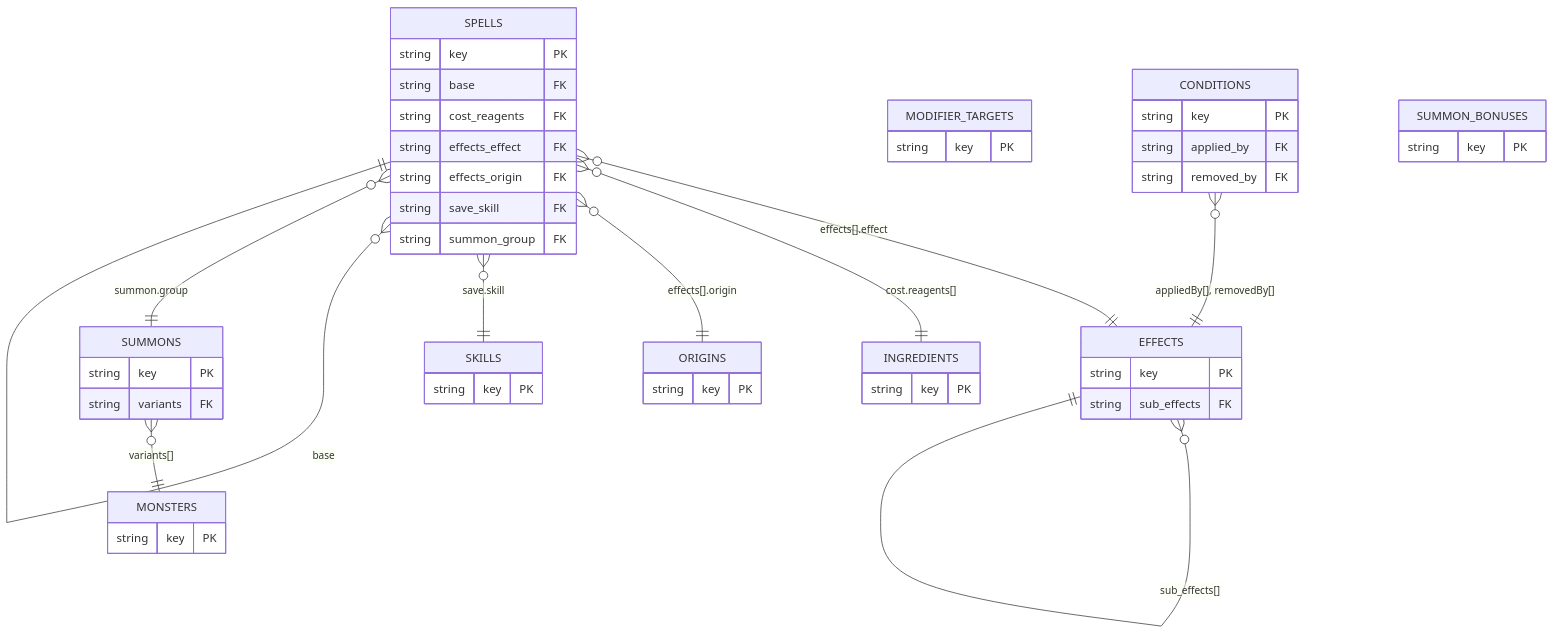
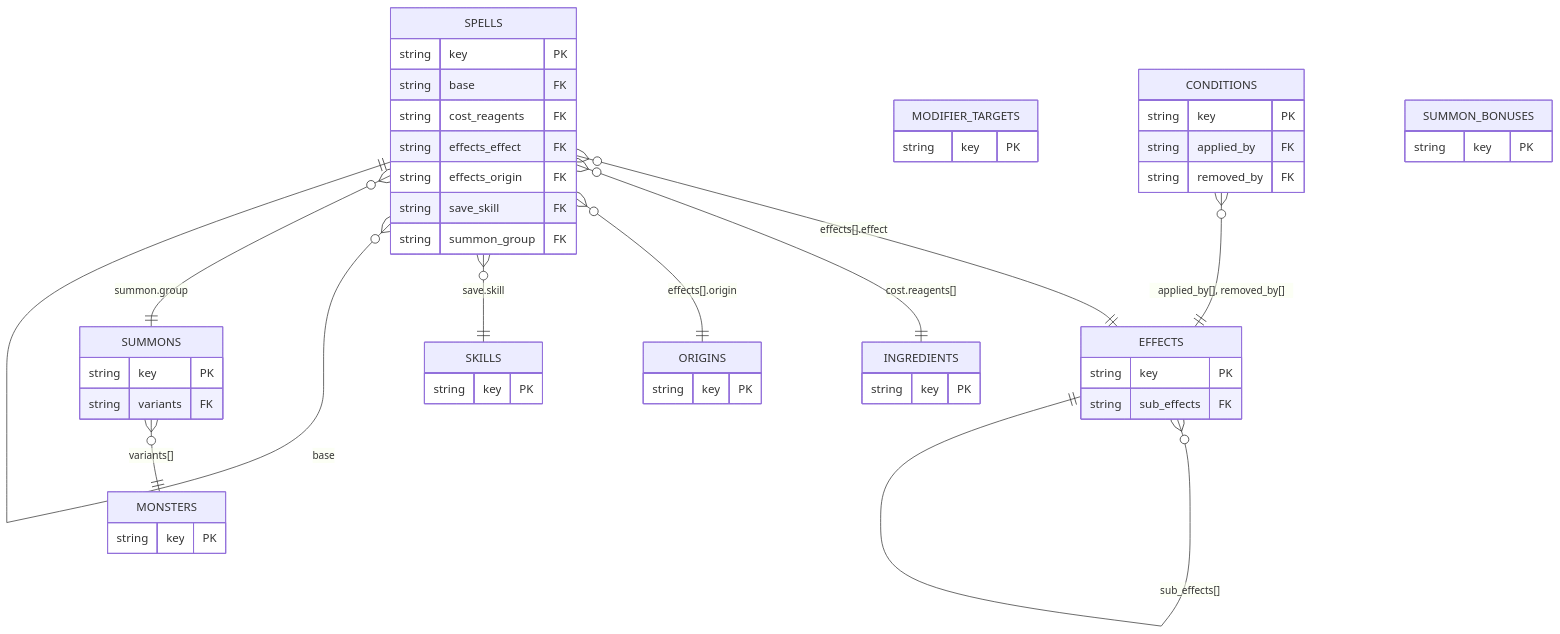
Before and after one commit to SETA1609/riftweave-core: the third of 5 diagrams in docs/core/data-model-diagram.md, drawn with Mermaid. The commit also changed other lines of this file and 297 other files, not shown here.

````diff
--- a/docs/core/data-model-diagram.md
+++ b/docs/core/data-model-diagram.md
@@ -440,52 +440,52 @@
 ```mermaid
 erDiagram
     CONDITIONS {
         string key PK
         string applied_by FK
         string removed_by FK
     }
     EFFECTS {
         string key PK
         string sub_effects FK
     }
     INGREDIENTS {
         string key PK
     }
     MODIFIER_TARGETS {
         string key PK
     }
     MONSTERS {
         string key PK
     }
     ORIGINS {
         string key PK
     }
     SKILLS {
         string key PK
     }
     SPELLS {
         string key PK
         string base FK
         string cost_reagents FK
         string effects_effect FK
         string effects_origin FK
         string save_skill FK
         string summon_group FK
     }
     SUMMON_BONUSES {
         string key PK
     }
     SUMMONS {
         string key PK
         string variants FK
     }
-    CONDITIONS }o--|| EFFECTS : "appliedBy[], removedBy[]"
+    CONDITIONS }o--|| EFFECTS : "applied_by[], removed_by[]"
     EFFECTS }o--|| EFFECTS : "sub_effects[]"
     SPELLS }o--|| EFFECTS : "effects[].effect"
     SPELLS }o--|| INGREDIENTS : "cost.reagents[]"
     SPELLS }o--|| ORIGINS : "effects[].origin"
     SPELLS }o--|| SKILLS : "save.skill"
     SPELLS }o--|| SPELLS : "base"
     SPELLS }o--|| SUMMONS : "summon.group"
     SUMMONS }o--|| MONSTERS : "variants[]"
 ```
````
